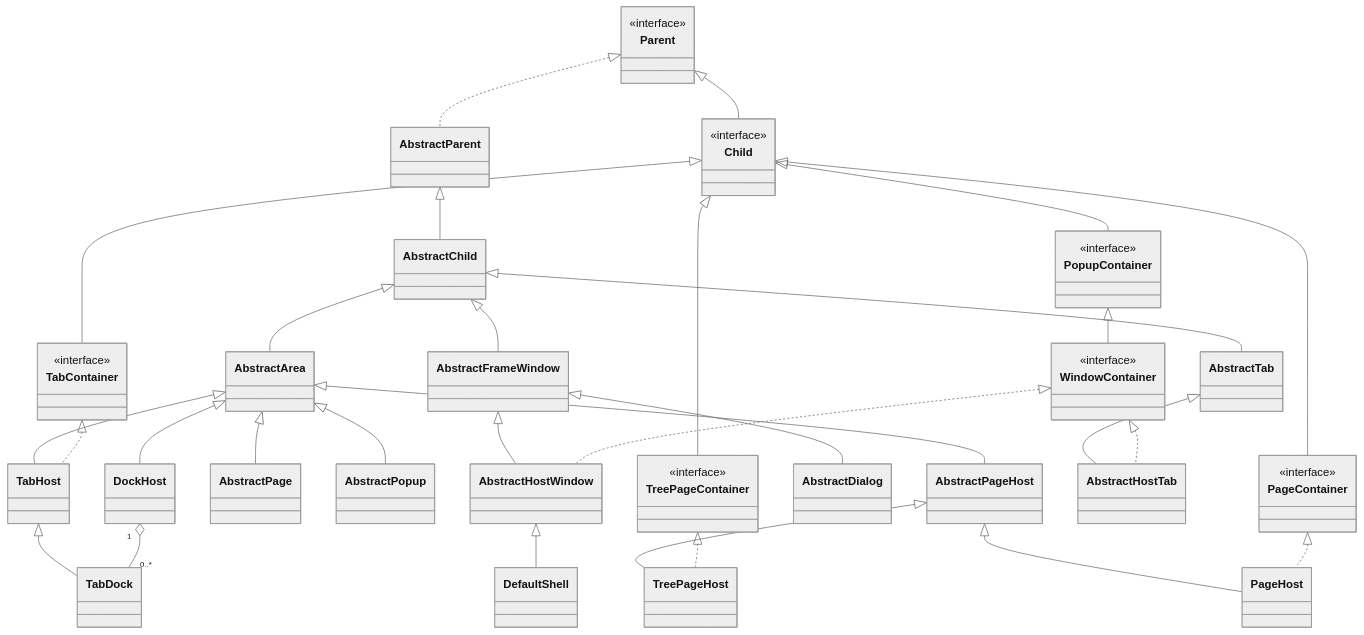
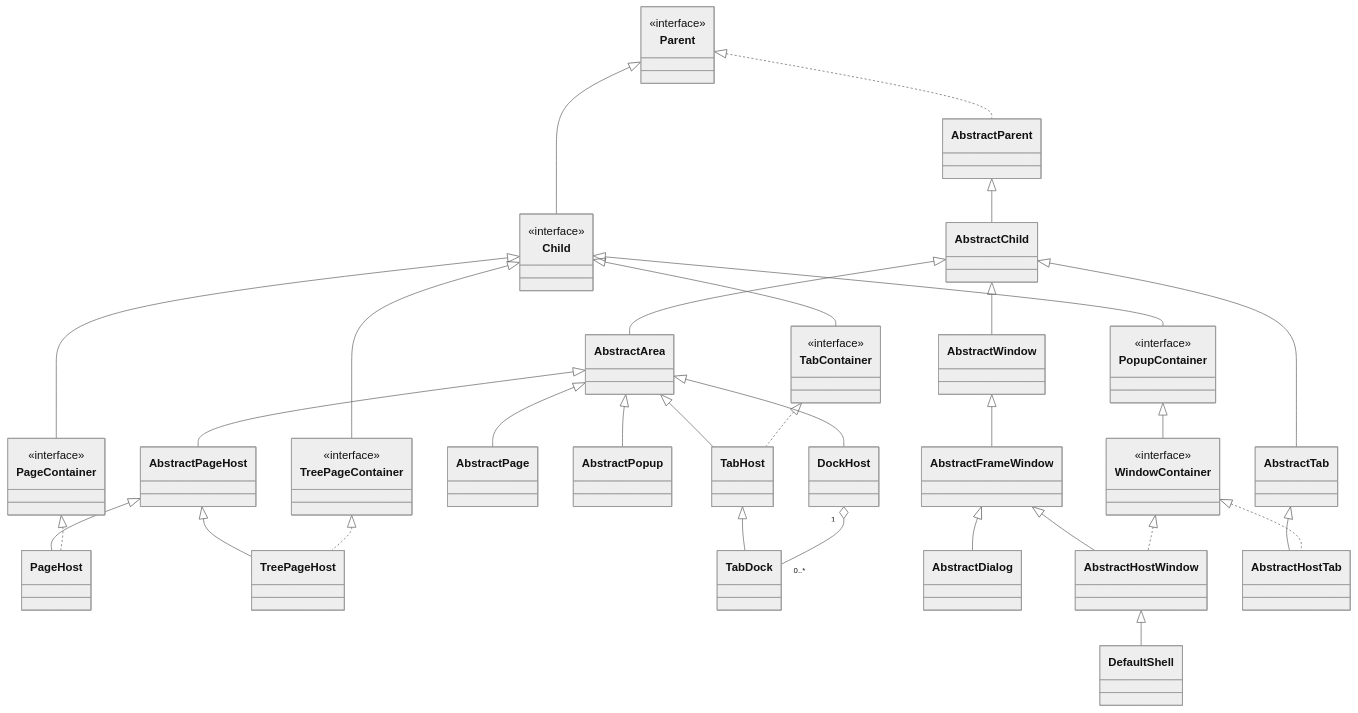
One commit to techsenger/shellfx changed the first of 3 diagrams in README.md. Above: the diagram before and after it, drawn with Mermaid (neutral theme). The commit also changed other lines of this file and 34 other files, not shown here.

Commit message:
Extract bare Window from FrameWindow

```diff
--- a/README.md
+++ b/README.md
@@ -238,6 +238,7 @@
 class TabHost
 class TabDock
 
+class AbstractWindow
 class AbstractFrameWindow
 class AbstractDialog
 class AbstractHostWindow
@@ -260,7 +261,7 @@
 AbstractParent <|-- AbstractChild
 
 AbstractChild <|-- AbstractArea
-AbstractChild <|-- AbstractFrameWindow
+AbstractChild <|-- AbstractWindow
 AbstractChild <|-- AbstractTab
 
 AbstractArea <|-- AbstractPage
@@ -273,6 +274,7 @@
 
 TabHost <|-- TabDock
 
+AbstractWindow <|-- AbstractFrameWindow
 AbstractFrameWindow <|-- AbstractDialog
 AbstractFrameWindow <|-- AbstractHostWindow
 
```
